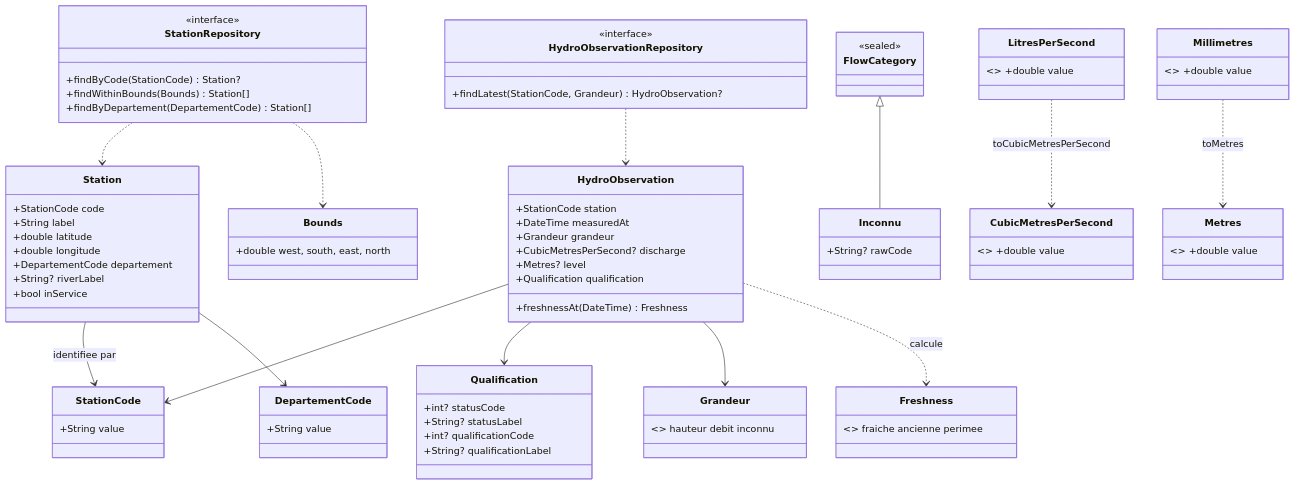
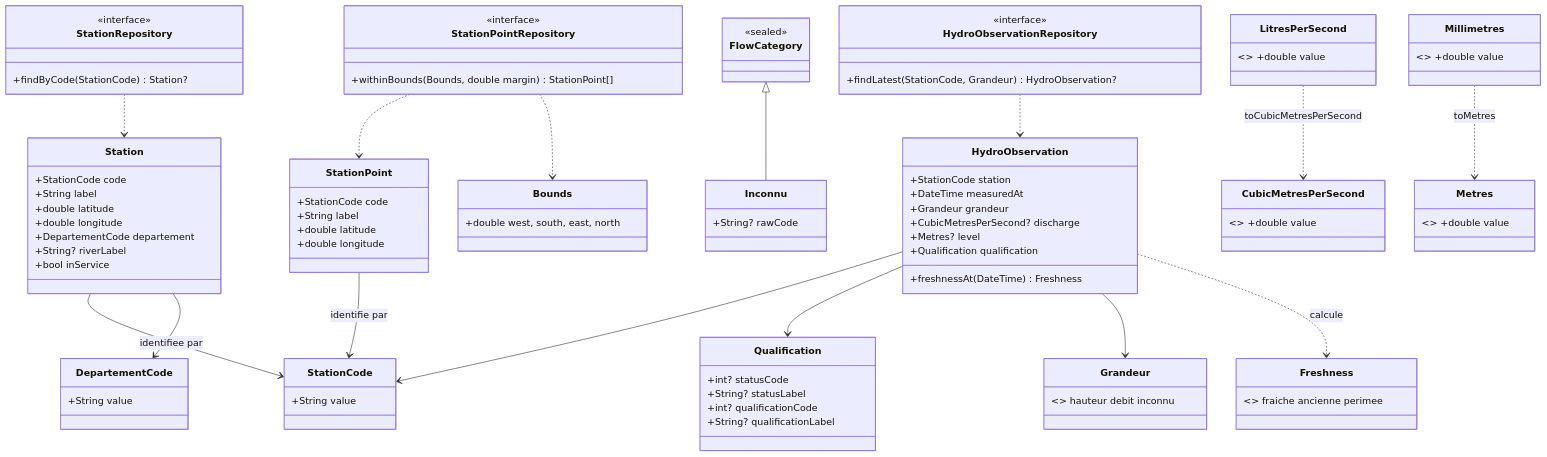
One commit to HubEauContrib/MartinPecheur changed the diagram in docs/domain-model.md. Above: the diagram before and after it, drawn with Mermaid. The commit also changed other lines of this file and 194 other files, not shown here.

First line of the commit message:
T1 : architecture MVVM (ADR-014), données, vues et avertissements (lots 1 à 4) (#12)

````diff
--- a/docs/domain-model.md
+++ b/docs/domain-model.md
@@ -84,60 +93,70 @@
 ```mermaid
 classDiagram
     class Station {
         +StationCode code
         +String label
         +double latitude
         +double longitude
         +DepartementCode departement
         +String? riverLabel
         +bool inService
     }
     class HydroObservation {
         +StationCode station
         +DateTime measuredAt
         +Grandeur grandeur
         +CubicMetresPerSecond? discharge
         +Metres? level
         +Qualification qualification
         +freshnessAt(DateTime) Freshness
     }
     class Qualification {
         +int? statusCode
         +String? statusLabel
         +int? qualificationCode
         +String? qualificationLabel
     }
     class StationCode { +String value }
     class DepartementCode { +String value }
     class Bounds { +double west, south, east, north }
     class FlowCategory { <<sealed>> }
     class Inconnu { +String? rawCode }
     class Grandeur { <<enumeration>> hauteur debit inconnu }
     class Freshness { <<enumeration>> fraiche ancienne perimee }
+    class StationPoint {
+        +StationCode code
+        +String label
+        +double latitude
+        +double longitude
+    }
     class StationRepository {
         <<interface>>
         +findByCode(StationCode) Station?
-        +findWithinBounds(Bounds) Station[]
-        +findByDepartement(DepartementCode) Station[]
+    }
+    class StationPointRepository {
+        <<interface>>
+        +withinBounds(Bounds, double margin) StationPoint[]
     }
     class HydroObservationRepository {
         <<interface>>
         +findLatest(StationCode, Grandeur) HydroObservation?
     }
     class LitresPerSecond { <<extension type>> +double value }
     class CubicMetresPerSecond { <<extension type>> +double value }
     class Millimetres { <<extension type>> +double value }
     class Metres { <<extension type>> +double value }
     Station --> StationCode : identifiee par
     Station --> DepartementCode
     HydroObservation --> StationCode
     HydroObservation --> Qualification
     HydroObservation --> Grandeur
     HydroObservation ..> Freshness : calcule
     FlowCategory <|-- Inconnu
+    StationPoint --> StationCode : identifie par
     StationRepository ..> Station
-    StationRepository ..> Bounds
+    StationPointRepository ..> StationPoint
+    StationPointRepository ..> Bounds
     HydroObservationRepository ..> HydroObservation
     LitresPerSecond ..> CubicMetresPerSecond : toCubicMetresPerSecond
     Millimetres ..> Metres : toMetres
 ```
````
